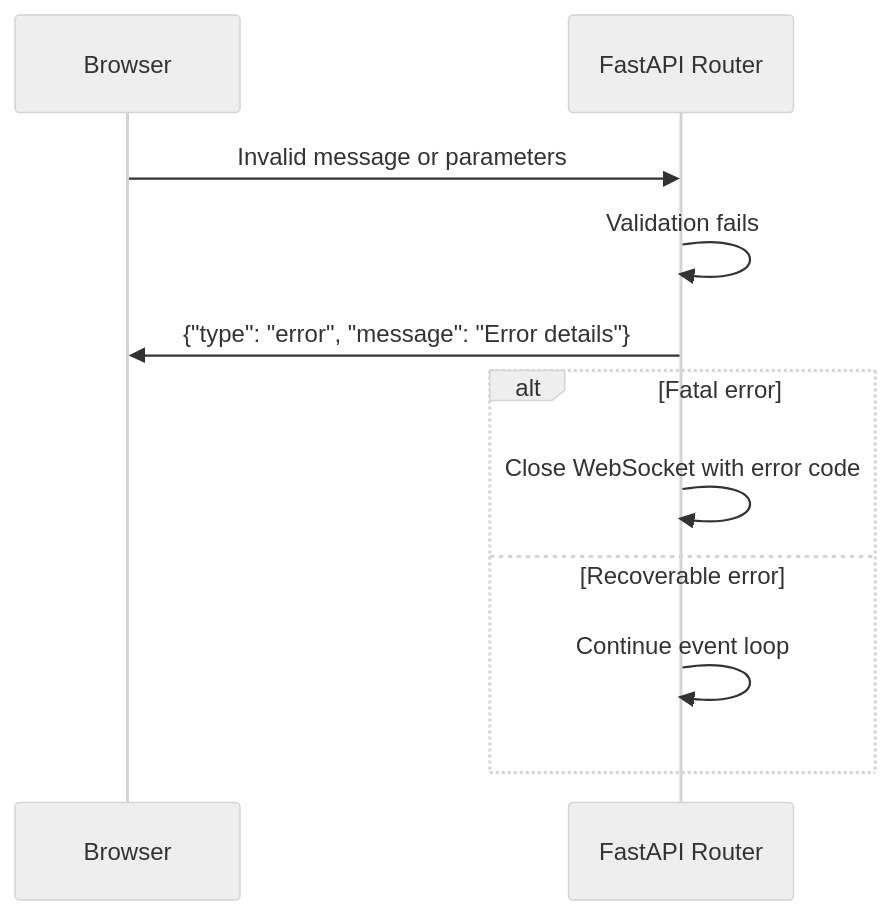
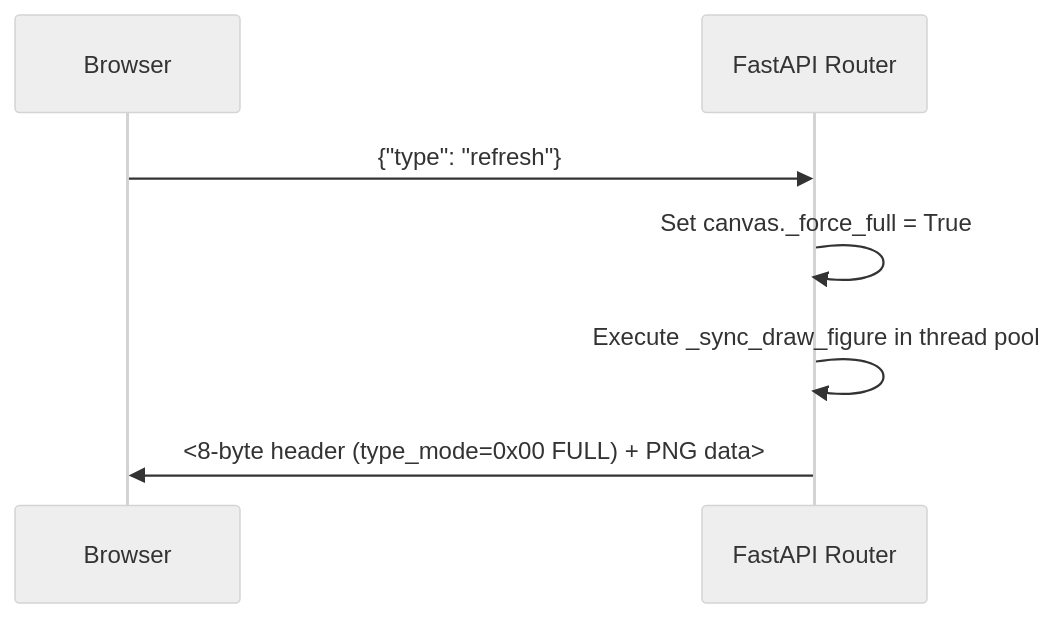
One commit to tacaswell/matplotlib-fastapi changed the third of 3 diagrams in docs/websocket-protocol.md. Above: the diagram before and after it, drawn with Mermaid (neutral theme). The commit also changed other lines of this file and 7 other files, not shown here.

````diff
--- a/docs/websocket-protocol.md
+++ b/docs/websocket-protocol.md
@@ -562,15 +384,10 @@
 ```mermaid
 sequenceDiagram
     participant Client as Browser
     participant Router as FastAPI Router
 
-    Client->>Router: Invalid message or parameters
-    Router->>Router: Validation fails
-    Router->>Client: {"type": "error", "message": "Error details"}
-    
-    alt Fatal error
-        Router->>Router: Close WebSocket with error code
-    else Recoverable error
-        Router->>Router: Continue event loop
-    end
+    Client->>Router: {"type": "refresh"}
+    Router->>Router: Set canvas._force_full = True
+    Router->>Router: Execute _sync_draw_figure in thread pool
+    Router->>Client: <8-byte header (type_mode=0x00 FULL) + PNG data>
 ```
````
